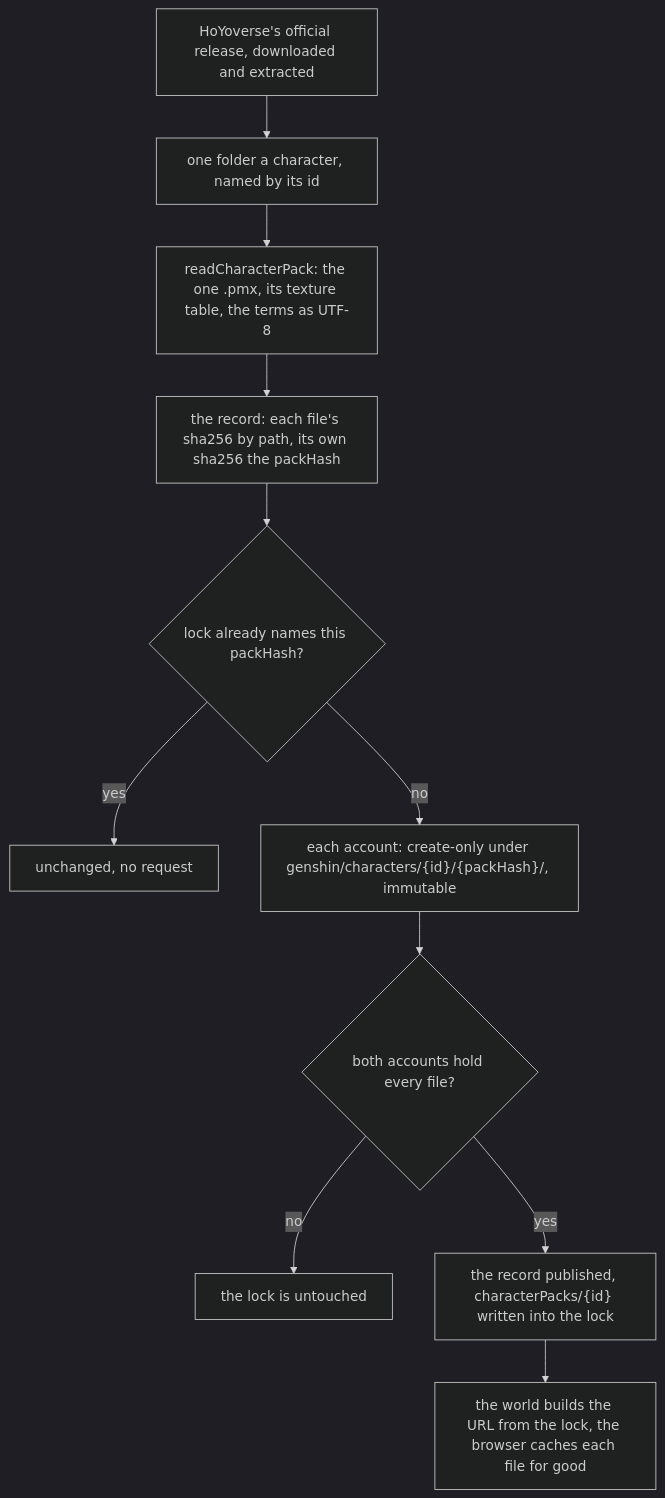
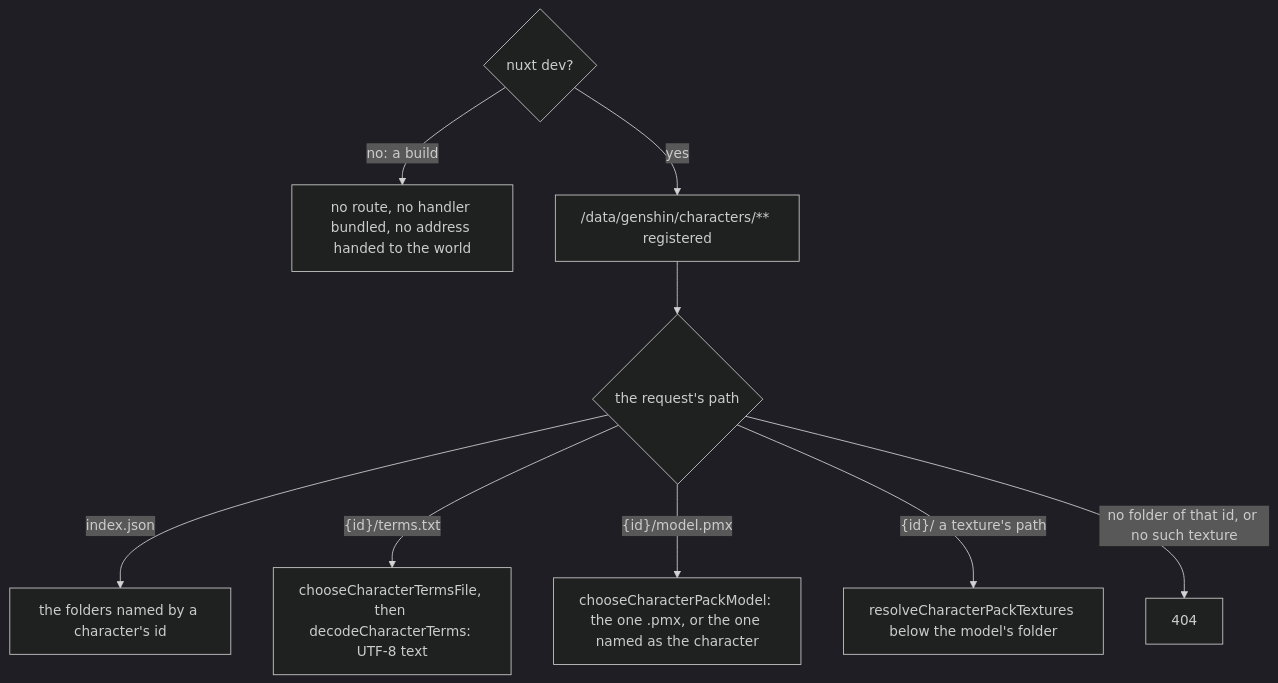
One commit to Esposter/Esposter changed the second of 2 diagrams in apps/web/content/docs/genshin/characters.md. Above: the diagram before and after it, drawn with Mermaid (dark theme). The commit also changed other lines of this file and 8 other files, not shown here.

First line of the commit message:
docs(genshin): the official character packs are never hosted, since every pack's terms say 请勿二次配布, and nuxt dev serves the developer's own from disk

````diff
--- a/apps/web/content/docs/genshin/characters.md
+++ b/apps/web/content/docs/genshin/characters.md
@@ -63,13 +48,11 @@
 ```mermaid
 flowchart TD
-  Release["HoYoverse's official release, downloaded and extracted"] --> Folder["one folder a character, named by its id"]
-  Folder --> Read["readCharacterPack: the one .pmx, its texture table, the terms as UTF-8"]
-  Read --> Hash["the record: each file's sha256 by path, its own sha256 the packHash"]
-  Hash --> Same{"lock already names this packHash?"}
-  Same -->|yes| Unchanged["unchanged, no request"]
-  Same -->|no| Upload["each account: create-only under genshin/characters/{id}/{packHash}/, immutable"]
-  Upload --> Both{"both accounts hold every file?"}
-  Both -->|no| Untouched["the lock is untouched"]
-  Both -->|yes| Lock["the record published, characterPacks/{id} written into the lock"]
-  Lock --> World["the world builds the URL from the lock, the browser caches each file for good"]
+  DEV{"nuxt dev?"} -->|"no: a build"| ABSENT["no route, no handler bundled, no address handed to the world"]
+  DEV -->|yes| ROUTE["/data/genshin/characters/** registered"]
+  ROUTE --> PATH{"the request's path"}
+  PATH -->|"index.json"| IDS["the folders named by a character's id"]
+  PATH -->|"{id}/terms.txt"| TERMSFILE["chooseCharacterTermsFile, then decodeCharacterTerms: UTF-8 text"]
+  PATH -->|"{id}/model.pmx"| MODELPATH["chooseCharacterPackModel: the one .pmx, or the one named as the character"]
+  PATH -->|"{id}/ a texture's path"| TEXTUREPATH["resolveCharacterPackTextures below the model's folder"]
+  PATH -->|"no folder of that id, or no such texture"| MISSING["404"]
 ```
````
